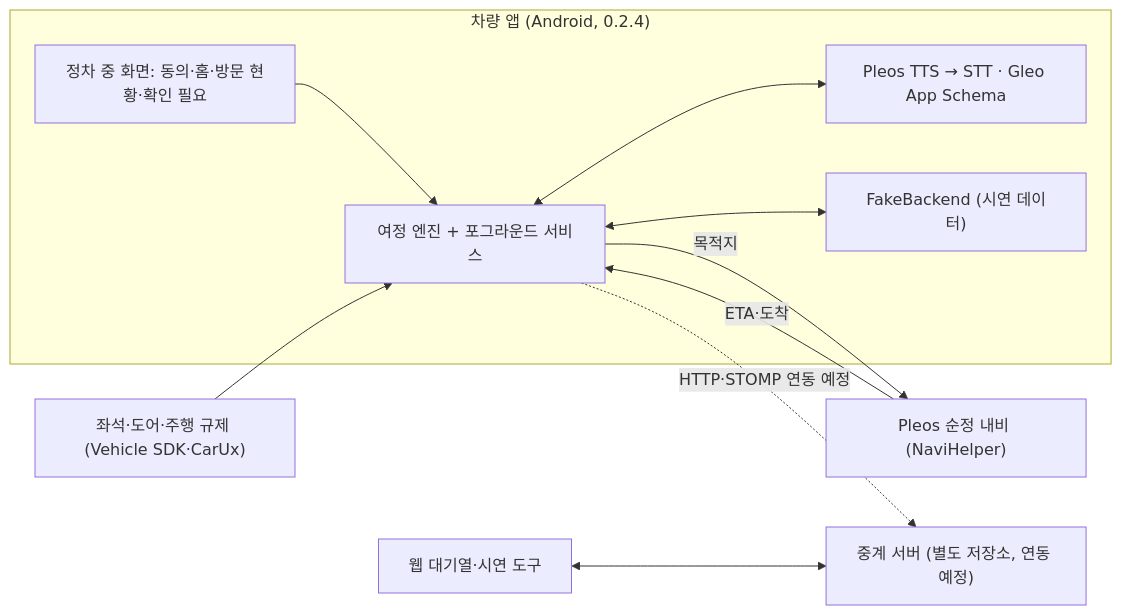
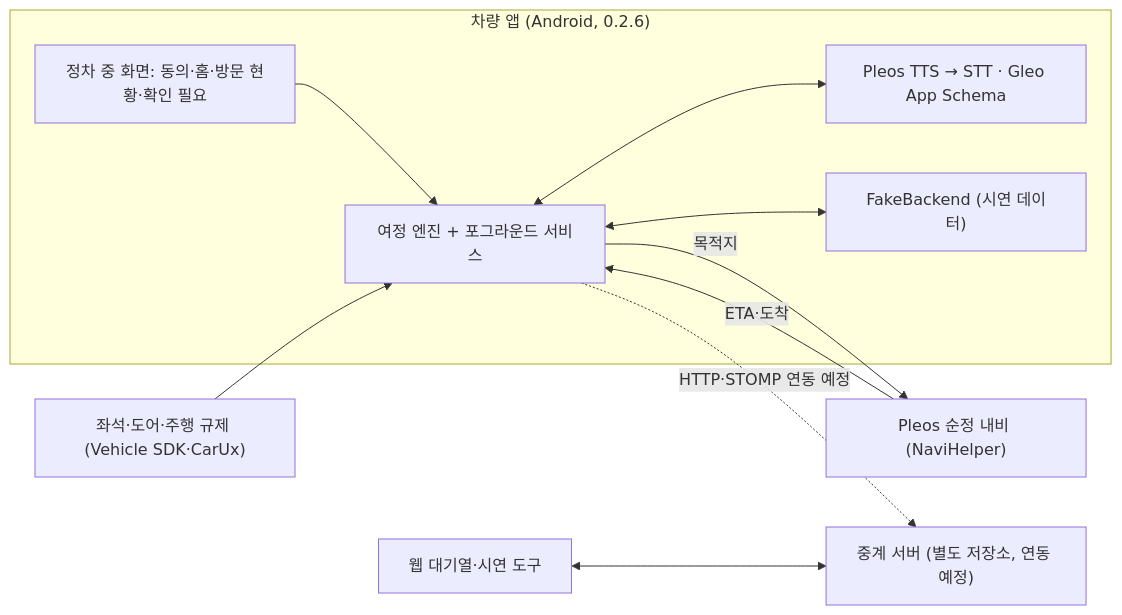
One commit to smartjourney-pleos/smart-journey-main changed the diagram in README.md. Above: the diagram before and after it, drawn with Mermaid. The commit also changed other lines of this file and 6 other files, not shown here.

````diff
--- a/README.md
+++ b/README.md
@@ -132,19 +139,19 @@
 ```mermaid
 flowchart LR
-  subgraph CAR["차량 앱 (Android, 0.2.4)"]
+  subgraph CAR["차량 앱 (Android, 0.2.6)"]
     UI["정차 중 화면: 동의·홈·방문 현황·확인 필요"]
     ENGINE["여정 엔진 + 포그라운드 서비스"]
     VOICE["Pleos TTS → STT · Gleo App Schema"]
     FAKE["FakeBackend (시연 데이터)"]
     UI --> ENGINE
     ENGINE <--> VOICE
     ENGINE <--> FAKE
   end
   NAVI["Pleos 순정 내비 (NaviHelper)"] -->|"ETA·도착"| ENGINE
   ENGINE -->|"목적지"| NAVI
   VEH["좌석·도어·주행 규제 (Vehicle SDK·CarUx)"] --> ENGINE
   SERVER["중계 서버 (별도 저장소, 연동 예정)"]
   WEB["웹 대기열·시연 도구"]
   ENGINE -. "HTTP·STOMP 연동 예정" .-> SERVER
   WEB <--> SERVER
 ```
````
